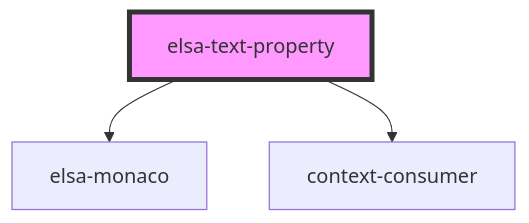
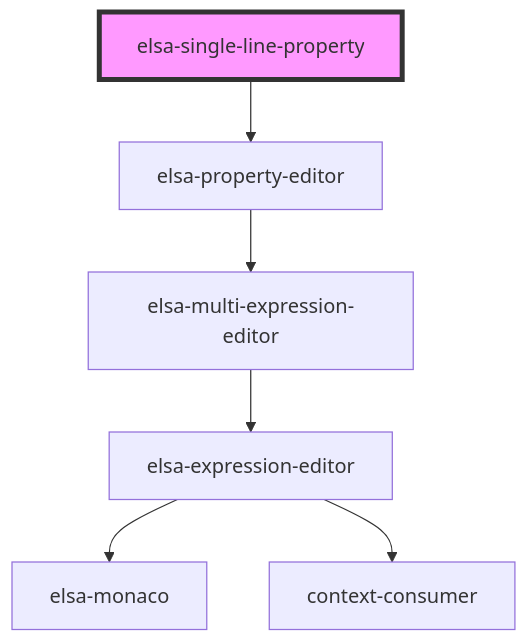
The diagram in src/designer/elsa-workflows-studio/src/components/editors/properties/elsa-single-line-property/readme.md (elsa-workflows/elsa-core), drawn with Mermaid before and after one commit. The commit also changed other lines of this file and 32 other files, not shown here.

````diff
--- a/src/designer/elsa-workflows-studio/src/components/editors/properties/elsa-single-line-property/readme.md
+++ b/src/designer/elsa-workflows-studio/src/components/editors/properties/elsa-single-line-property/readme.md
@@ -29,6 +23,9 @@
 ```mermaid
 graph TD;
-  elsa-text-property --> elsa-monaco
-  elsa-text-property --> context-consumer
-  style elsa-text-property fill:#f9f,stroke:#333,stroke-width:4px
+  elsa-single-line-property --> elsa-property-editor
+  elsa-property-editor --> elsa-multi-expression-editor
+  elsa-multi-expression-editor --> elsa-expression-editor
+  elsa-expression-editor --> elsa-monaco
+  elsa-expression-editor --> context-consumer
+  style elsa-single-line-property fill:#f9f,stroke:#333,stroke-width:4px
 ```
````
